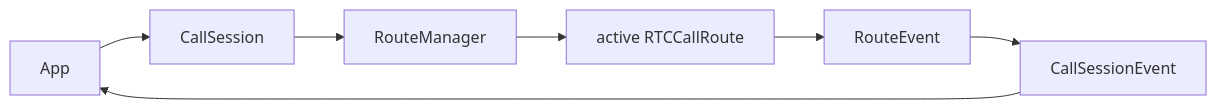
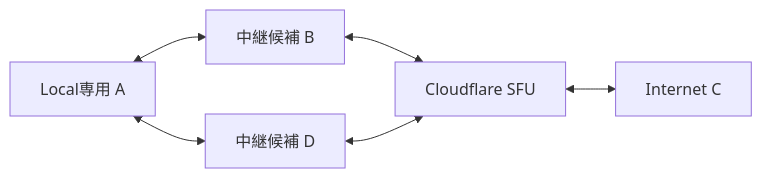
The second of 2 diagrams in docs/spec/packages/RTC.md (eroccowaruico/RideIntercom), drawn with Mermaid before and after one commit. The commit also changed other lines of this file and 22 other files, not shown here.

````diff
--- a/docs/spec/packages/RTC.md
+++ b/docs/spec/packages/RTC.md
@@ -366,9 +42,8 @@
 ```mermaid
 flowchart LR
-    App[App] --> Call[CallSession]
-    Call --> Manager[RouteManager]
-    Manager --> Active[active RTCCallRoute]
-    Active --> RE[RouteEvent]
-    RE --> CE[CallSessionEvent]
-    CE --> App
+    A[Local専用 A] <--> B[中継候補 B]
+    A <--> D[中継候補 D]
+    B <--> SFU[Cloudflare SFU]
+    D <--> SFU
+    SFU <--> C[Internet C]
 ```
````
